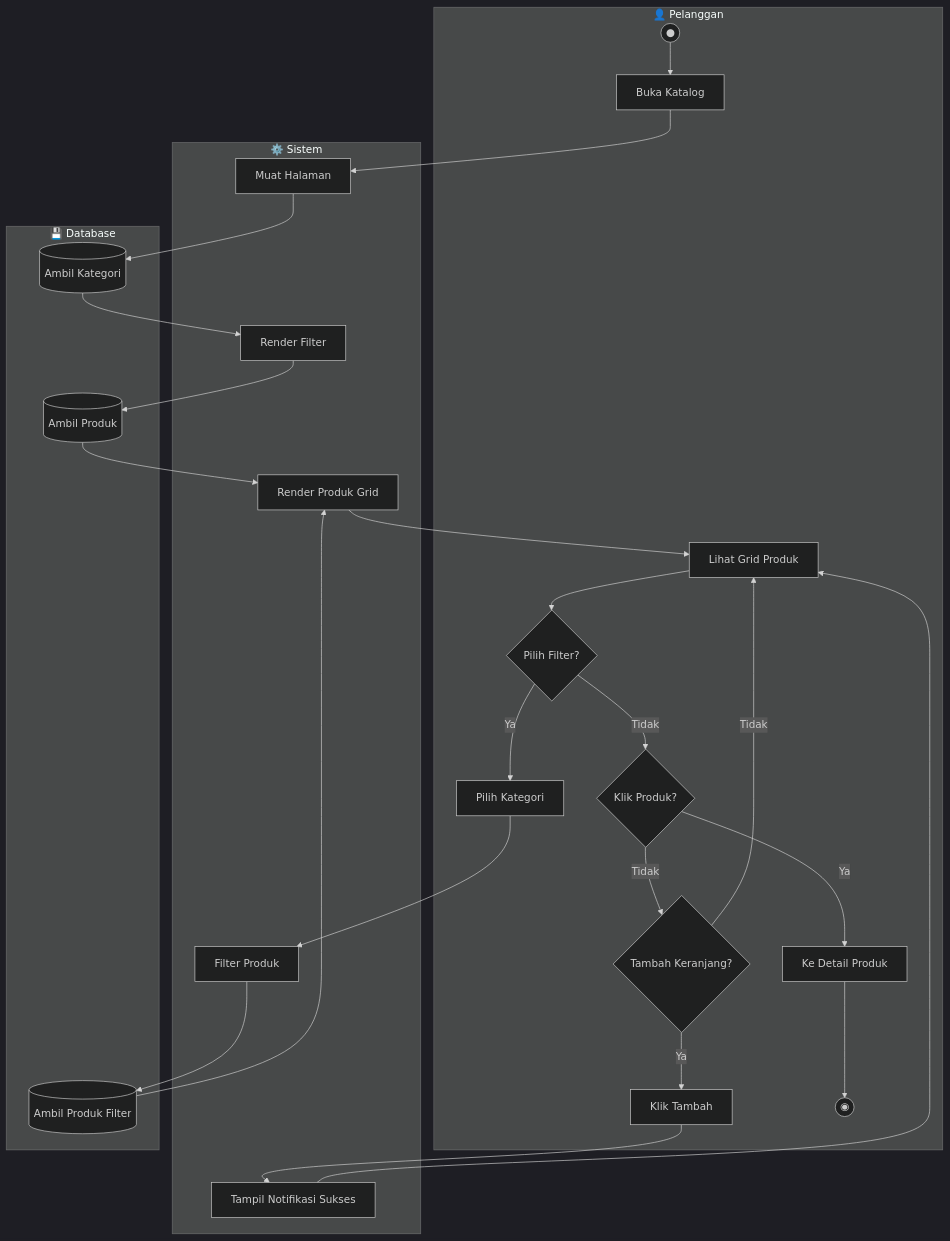
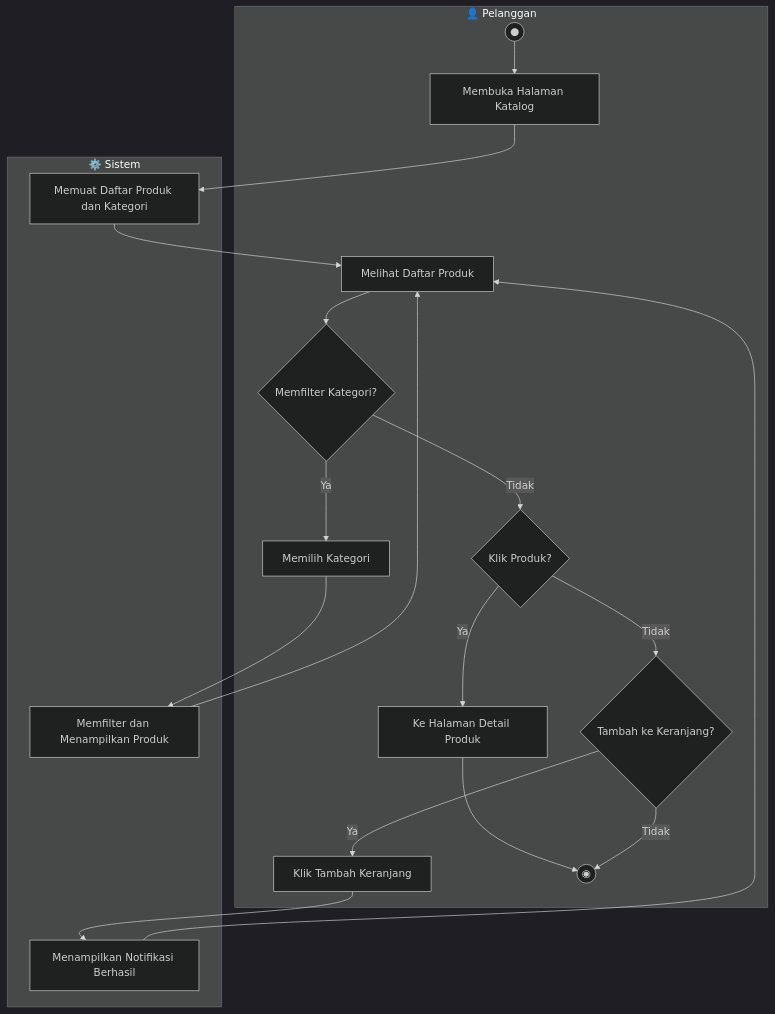
Before and after one commit to mustarisyahding07-spec/WEBSITE_SKRIPSI_MUSTARI: the second of 17 diagrams in docs/ACTIVITY_DIAGRAMS.md, drawn with Mermaid (dark theme). The commit also changed other lines of this file, not shown here.

Commit message:
docs: simplify activity diagrams and add academic explanations

````diff
--- a/docs/ACTIVITY_DIAGRAMS.md
+++ b/docs/ACTIVITY_DIAGRAMS.md
@@ -89,50 +79,37 @@
 ```mermaid
 flowchart TD
     subgraph Pelanggan["👤 Pelanggan"]
         P1((●))
-        P2[Buka Katalog]
-        P3[Lihat Grid Produk]
-        P4{Pilih Filter?}
-        P5[Pilih Kategori]
+        P2[Membuka Halaman Katalog]
+        P3[Melihat Daftar Produk]
+        P4{Memfilter Kategori?}
+        P5[Memilih Kategori]
         P6{Klik Produk?}
-        P7[Ke Detail Produk]
-        P8{Tambah Keranjang?}
-        P9[Klik Tambah]
+        P7[Ke Halaman Detail Produk]
+        P8{Tambah ke Keranjang?}
+        P9[Klik Tambah Keranjang]
         P10((◉))
     end
-    
+
     subgraph Sistem["⚙️ Sistem"]
-        S1[Muat Halaman]
-        S2[Render Filter]
-        S3[Render Produk Grid]
-        S4[Filter Produk]
-        S5[Tampil Notifikasi Sukses]
+        S1[Memuat Daftar Produk dan Kategori]
+        S2[Memfilter dan Menampilkan Produk]
+        S3[Menampilkan Notifikasi Berhasil]
     end
-    
-    subgraph Database["💾 Database"]
-        D1[(Ambil Kategori)]
-        D2[(Ambil Produk)]
-        D3[(Ambil Produk Filter)]
-    end
-    
+
     P1 --> P2
     P2 --> S1
-    S1 --> D1
-    D1 --> S2
-    S2 --> D2
-    D2 --> S3
-    S3 --> P3
+    S1 --> P3
     P3 --> P4
     P4 -->|Ya| P5
-    P5 --> S4
-    S4 --> D3
-    D3 --> S3
+    P5 --> S2
+    S2 --> P3
     P4 -->|Tidak| P6
     P6 -->|Ya| P7
     P7 --> P10
     P6 -->|Tidak| P8
     P8 -->|Ya| P9
-    P9 --> S5
-    S5 --> P3
-    P8 -->|Tidak| P3
+    P9 --> S3
+    S3 --> P3
+    P8 -->|Tidak| P10
 ```
````
